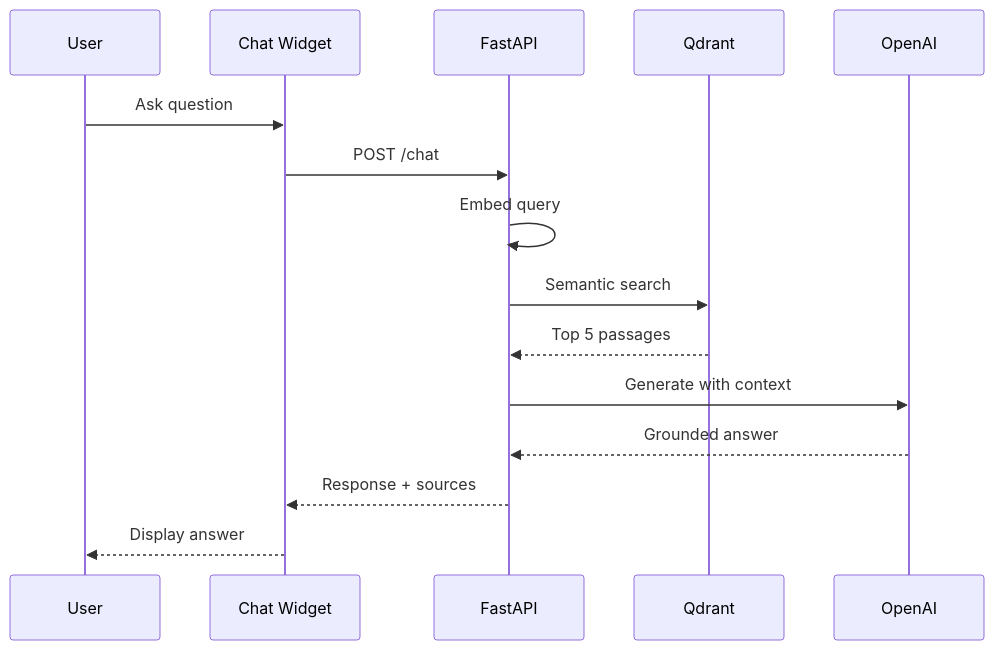
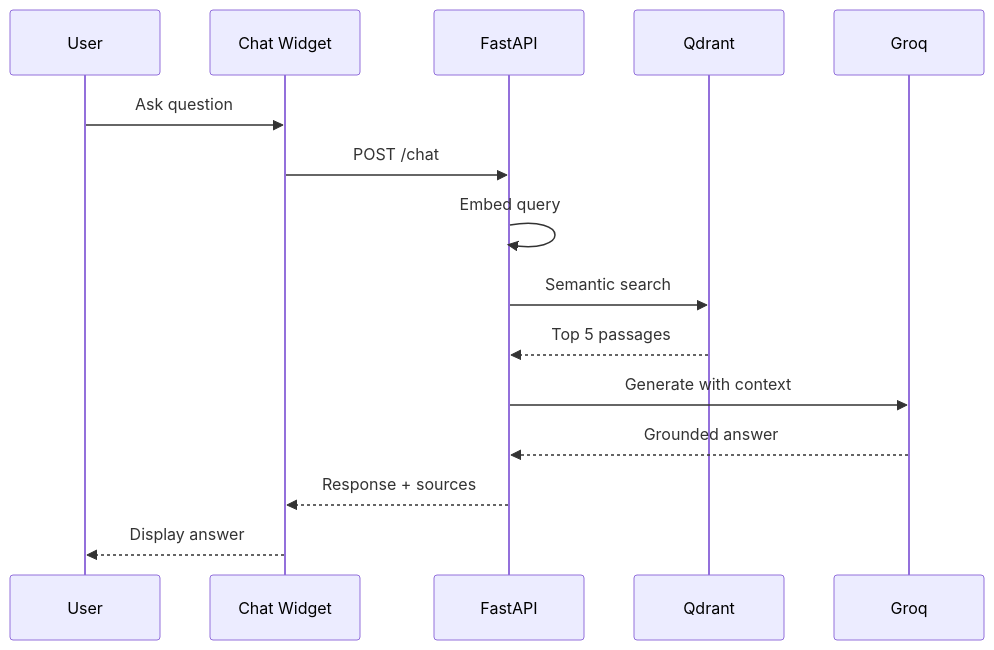
The second of 2 diagrams in my-website/docs/05-rag-chatbot/index.md (Kashi25809/Hackathon-final), drawn with Mermaid before and after one commit. The commit also changed other lines of this file and 5 other files, not shown here.

````diff
--- a/my-website/docs/05-rag-chatbot/index.md
+++ b/my-website/docs/05-rag-chatbot/index.md
@@ -56,18 +56,18 @@
 ```mermaid
 sequenceDiagram
     participant User
     participant Widget as Chat Widget
     participant API as FastAPI
     participant Qdrant
-    participant OpenAI
+    participant Groq
     
     User->>Widget: Ask question
     Widget->>API: POST /chat
     API->>API: Embed query
     API->>Qdrant: Semantic search
     Qdrant-->>API: Top 5 passages
-    API->>OpenAI: Generate with context
-    OpenAI-->>API: Grounded answer
+    API->>Groq: Generate with context
+    Groq-->>API: Grounded answer
     API-->>Widget: Response + sources
     Widget-->>User: Display answer
 ```
````
